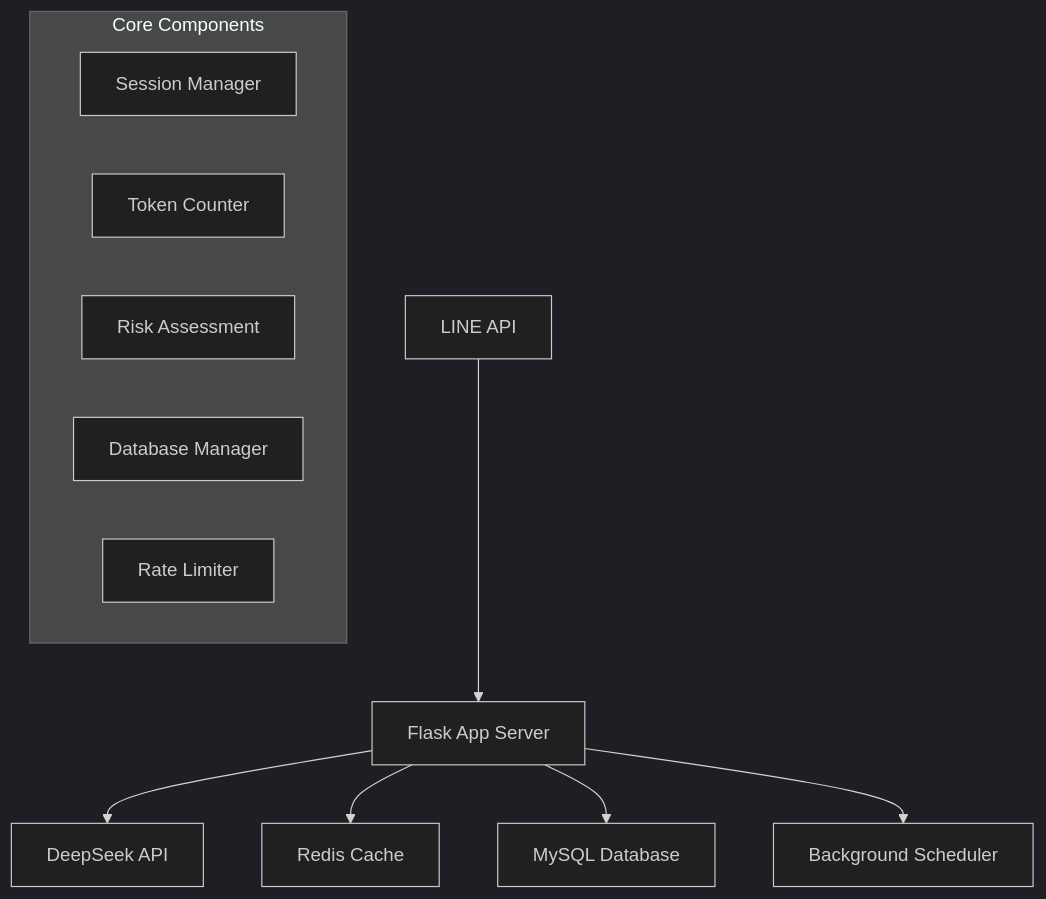
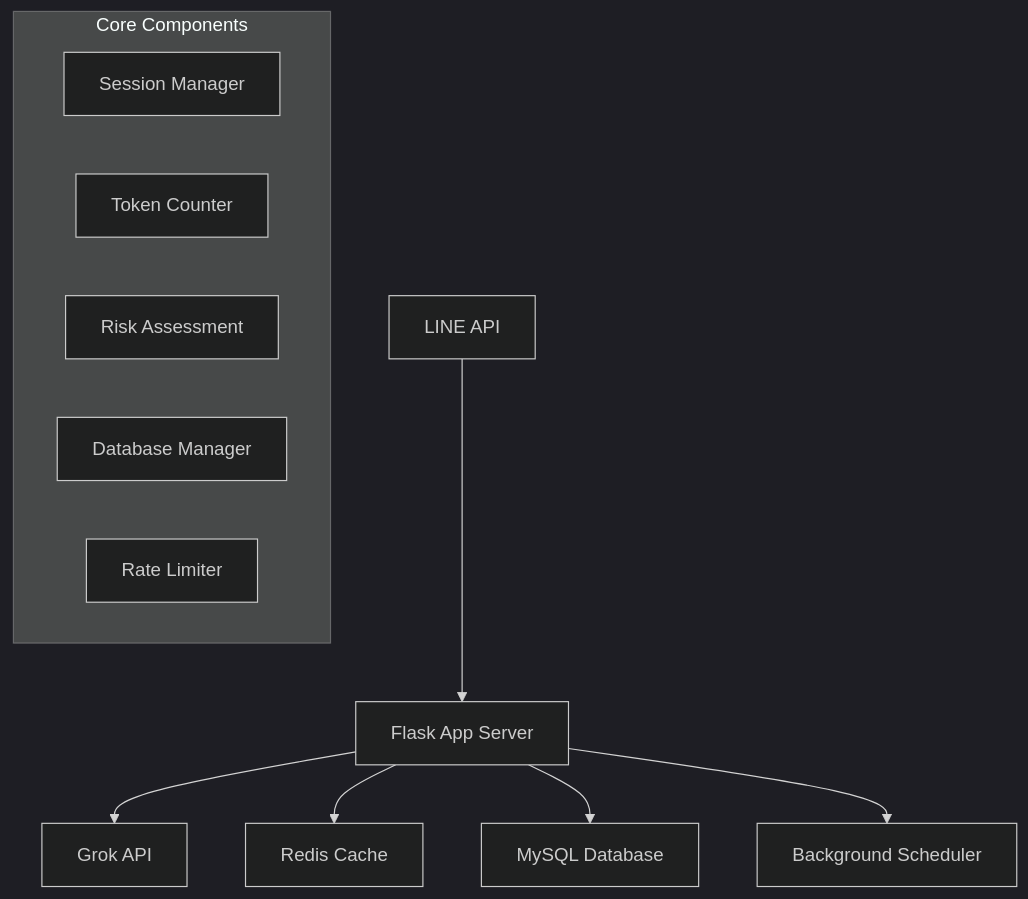
The first of 6 diagrams in codebase-analysis-report.md (Kanchanop6509650229/TyphoonLineWebhook), drawn with Mermaid (dark theme) before and after one commit. The commit also changed other lines of this file and 8 other files, not shown here.

Commit message:
refactor: replace DeepSeek references with Grok throughout the application

````diff
--- a/codebase-analysis-report.md
+++ b/codebase-analysis-report.md
@@ -9,16 +9,16 @@
 ```mermaid
 graph TB
     A[LINE API] --> B[Flask App Server]
-    B --> C[DeepSeek API]
+    B --> C[Grok API]
     B --> D[Redis Cache]
     B --> E[MySQL Database]
     B --> F[Background Scheduler]
     
     subgraph "Core Components"
         G[Session Manager]
         H[Token Counter]
         I[Risk Assessment]
         J[Database Manager]
         K[Rate Limiter]
     end
 ```
````
